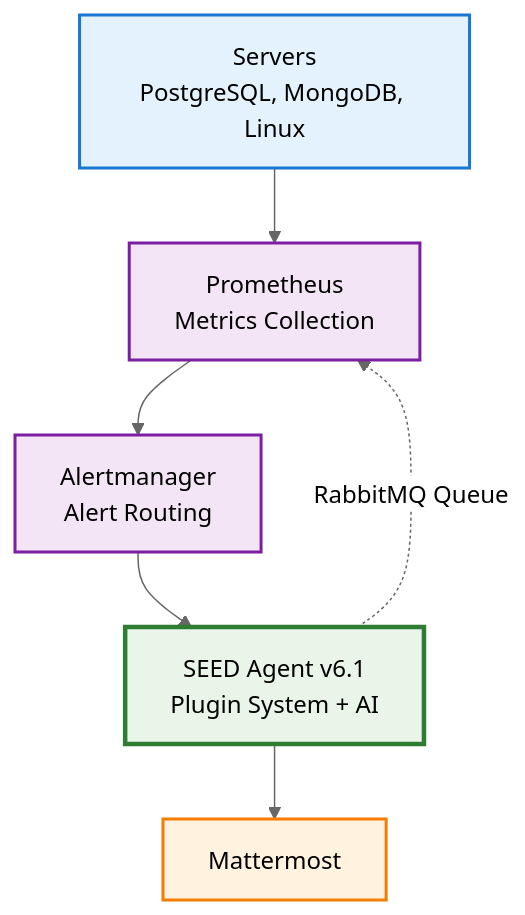
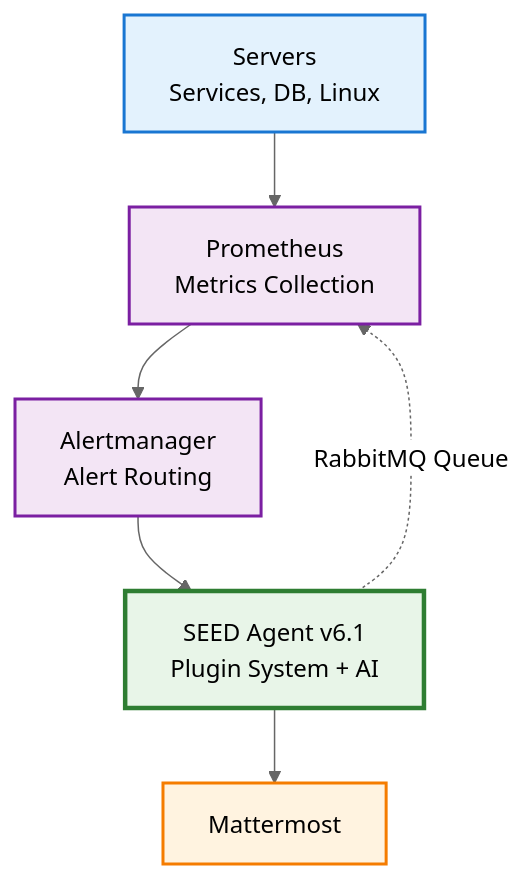
Before and after one commit to Genacvali/seed: the first of 6 diagrams in mermaid_diagram.md, drawn with Mermaid (neutral theme).

````diff
--- a/mermaid_diagram.md
+++ b/mermaid_diagram.md
@@ -5,19 +5,19 @@
 ```mermaid
 flowchart TD
-    A["Servers<br/>PostgreSQL, MongoDB, Linux"] --> B["Prometheus<br/>Metrics Collection"]
+    A["Servers<br/>Services, DB, Linux"] --> B["Prometheus<br/>Metrics Collection"]
     B --> C["Alertmanager<br/>Alert Routing"]
     C --> D["SEED Agent v6.1<br/>Plugin System + AI"]
     D --> E["Mattermost<br/>"]
     
     D -.->|"RabbitMQ Queue"| B
     
     classDef server fill:#e3f2fd,stroke:#1976d2,stroke-width:2px
     classDef monitor fill:#f3e5f5,stroke:#7b1fa2,stroke-width:2px  
     classDef seed fill:#e8f5e8,stroke:#2e7d32,stroke-width:3px
     classDef output fill:#fff3e0,stroke:#f57c00,stroke-width:2px
     
     class A server
     class B,C monitor
     class D seed
     class E output
 ```
````
